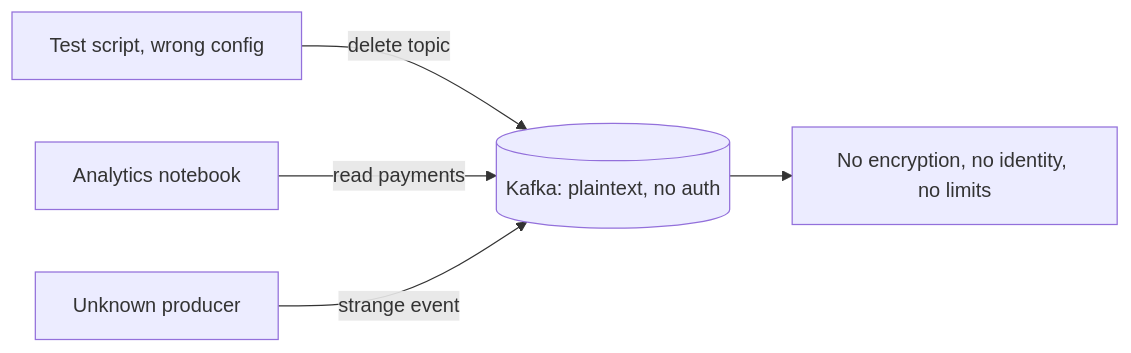
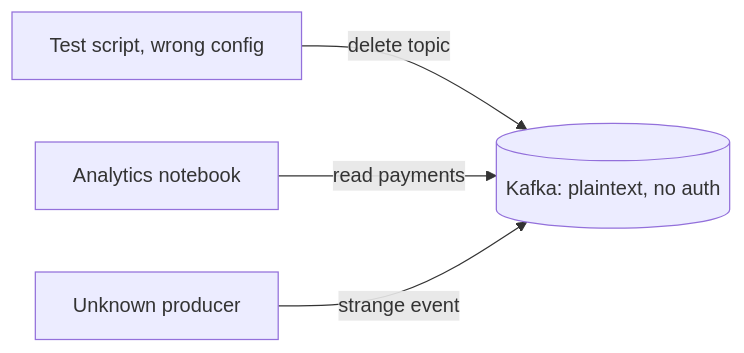
The first of 2 diagrams in notes/02-messaging/02-kafka/16-security-tls-sasl-acls.md (jubin-techwiz/learning), drawn with Mermaid before and after one commit. The commit also changed other lines of this file and 37 other files, not shown here.

````diff
--- a/notes/02-messaging/02-kafka/16-security-tls-sasl-acls.md
+++ b/notes/02-messaging/02-kafka/16-security-tls-sasl-acls.md
@@ -26,7 +54,6 @@
 ```mermaid
 flowchart LR
     T[Test script, wrong config] -->|delete topic| K[(Kafka: plaintext, no auth)]
     N[Analytics notebook] -->|read payments| K
     U[Unknown producer] -->|strange event| K
-    K --> X[No encryption, no identity, no limits]
 ```
````
